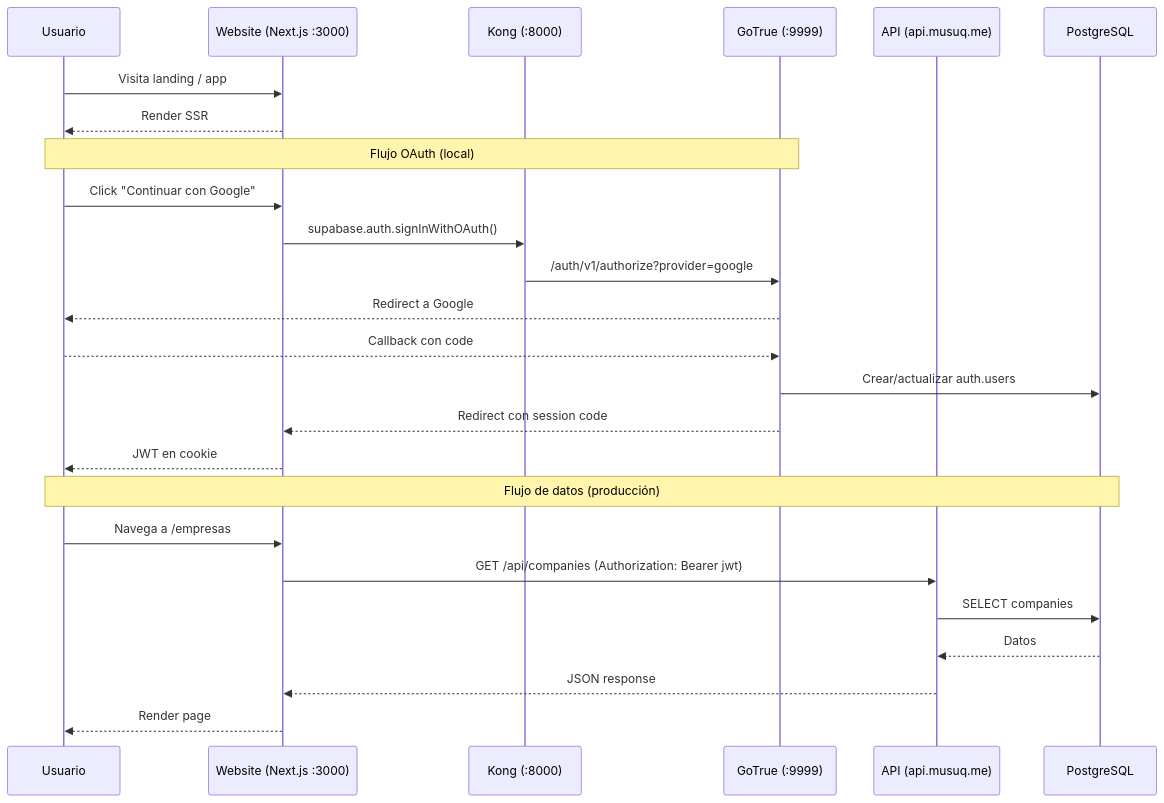
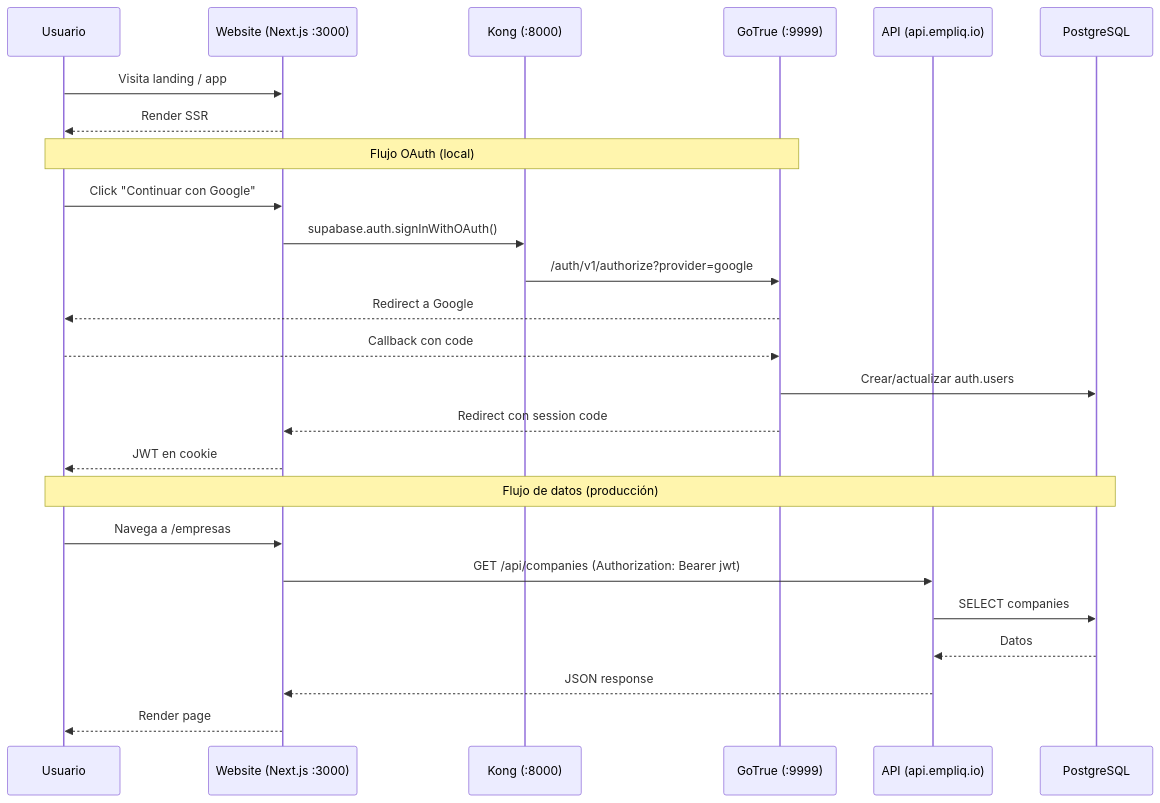
The fourth of 6 diagrams in docs/ARCHITECTURE.md (Mingbling1/CareerWiki), drawn with Mermaid before and after one commit. The commit also changed other lines of this file and 25 other files, not shown here.

First line of the commit message:
docs: migrate URLs from musuq.me to empliq.io

````diff
--- a/docs/ARCHITECTURE.md
+++ b/docs/ARCHITECTURE.md
@@ -151,30 +151,30 @@
 ```mermaid
 sequenceDiagram
     participant U as Usuario
     participant W as Website (Next.js :3000)
     participant K as Kong (:8000)
     participant G as GoTrue (:9999)
-    participant A as API (api.musuq.me)
+    participant A as API (api.empliq.io)
     participant DB as PostgreSQL
 
     U->>W: Visita landing / app
     W-->>U: Render SSR
 
     Note over U,G: Flujo OAuth (local)
     U->>W: Click "Continuar con Google"
     W->>K: supabase.auth.signInWithOAuth()
     K->>G: /auth/v1/authorize?provider=google
     G-->>U: Redirect a Google
     U-->>G: Callback con code
     G->>DB: Crear/actualizar auth.users
     G-->>W: Redirect con session code
     W-->>U: JWT en cookie
 
     Note over U,DB: Flujo de datos (producción)
     U->>W: Navega a /empresas
     W->>A: GET /api/companies (Authorization: Bearer jwt)
     A->>DB: SELECT companies
     DB-->>A: Datos
     A-->>W: JSON response
     W-->>U: Render page
 ```
````
